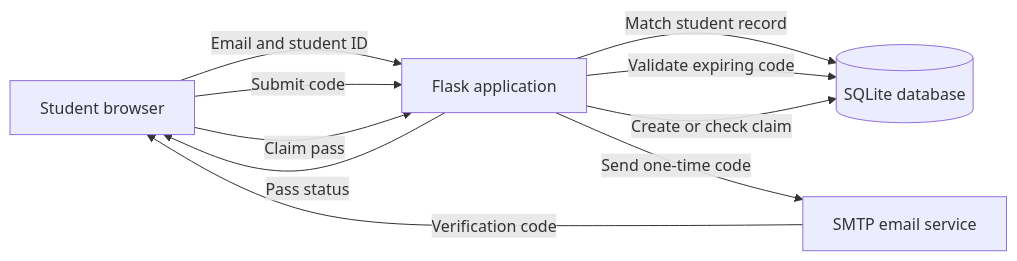
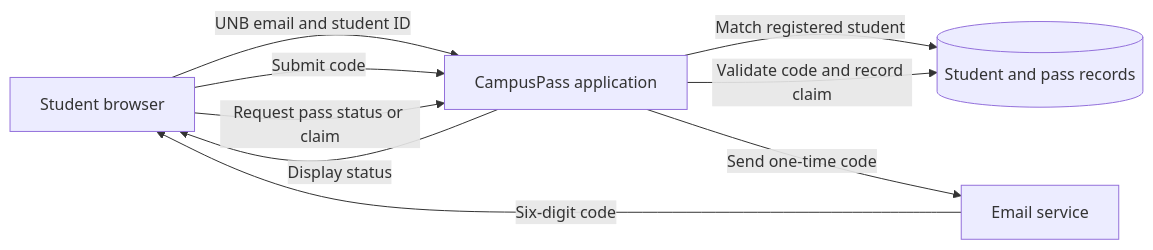
Before and after one commit to AryanUNB/CampusPass: the diagram in README.md, drawn with Mermaid. The commit also changed other lines of this file, not shown here.

Commit message:
Clarify student workflow and architecture

````diff
--- a/README.md
+++ b/README.md
@@ -21,12 +27,11 @@
 ```mermaid
 flowchart LR
-    Student[Student browser] -->|Email and student ID| Flask[Flask application]
-    Flask -->|Match student record| DB[(SQLite database)]
-    Flask -->|Send one-time code| SMTP[SMTP email service]
-    SMTP -->|Verification code| Student
-    Student -->|Submit code| Flask
-    Flask -->|Validate expiring code| DB
-    Student -->|Claim pass| Flask
-    Flask -->|Create or check claim| DB
-    Flask -->|Pass status| Student
+    Student[Student browser] -->|UNB email and student ID| App[CampusPass application]
+    App -->|Match registered student| DB[(Student and pass records)]
+    App -->|Send one-time code| Email[Email service]
+    Email -->|Six-digit code| Student
+    Student -->|Submit code| App
+    App -->|Validate code and record claim| DB
+    Student -->|Request pass status or claim| App
+    App -->|Display status| Student
 ```
````
